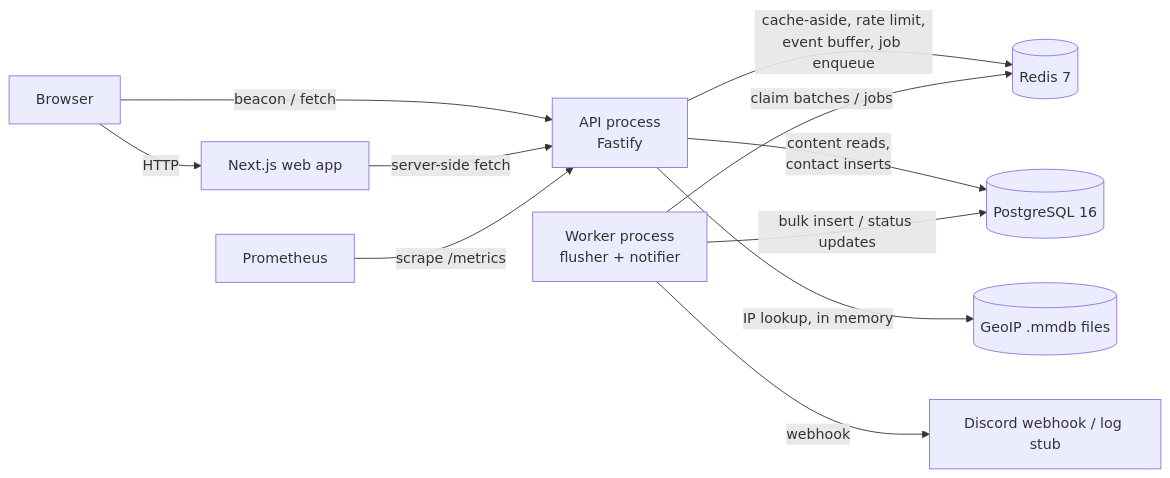
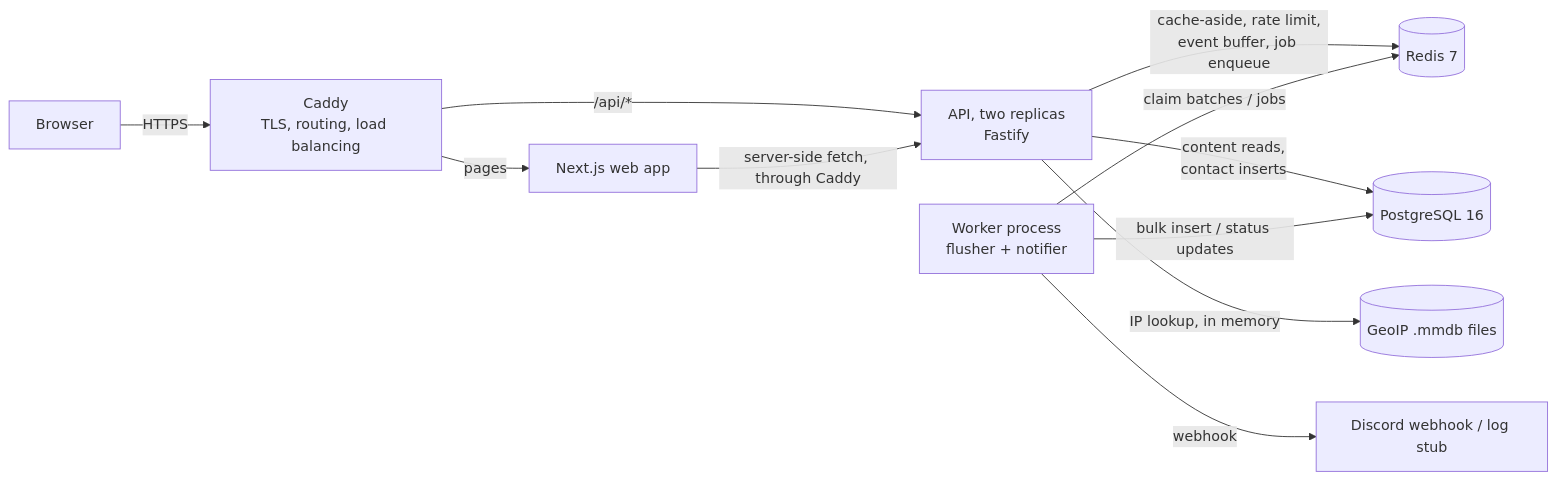
One commit to zhuuyicheng/yicheng-website changed the diagram in DESIGN.md. Above: the diagram before and after it, drawn with Mermaid. The commit also changed other lines of this file and 165 other files, not shown here.

````diff
--- a/DESIGN.md
+++ b/DESIGN.md
@@ -41,13 +43,13 @@
 ```mermaid
 flowchart LR
-  Browser -->|HTTP| Web[Next.js web app]
-  Browser -->|beacon / fetch| API
-  Web -->|server-side fetch| API[API process<br/>Fastify]
-  API -->|cache-aside, rate limit,<br/>event buffer, job enqueue| Redis[(Redis 7)]
-  API -->|content reads,<br/>contact inserts| PG[(PostgreSQL 16)]
-  API -->|IP lookup, in memory| GeoIP[(GeoIP .mmdb files)]
-  Worker[Worker process<br/>flusher + notifier] -->|claim batches / jobs| Redis
-  Worker -->|bulk insert / status updates| PG
+  Browser -->|HTTPS| Caddy["Caddy<br/>TLS, routing, load balancing"]
+  Caddy -->|"/api/*"| API["API, two replicas<br/>Fastify"]
+  Caddy -->|pages| Web[Next.js web app]
+  Web -->|"server-side fetch, through Caddy"| API
+  API -->|"cache-aside, rate limit,<br/>event buffer, job enqueue"| Redis[(Redis 7)]
+  API -->|"content reads,<br/>contact inserts"| PG[(PostgreSQL 16)]
+  API -->|"IP lookup, in memory"| GeoIP[(GeoIP .mmdb files)]
+  Worker["Worker process<br/>flusher + notifier"] -->|"claim batches / jobs"| Redis
+  Worker -->|"bulk insert / status updates"| PG
   Worker -->|webhook| Notify[Discord webhook / log stub]
-  Prom[Prometheus] -->|scrape /metrics| API
 ```
````
